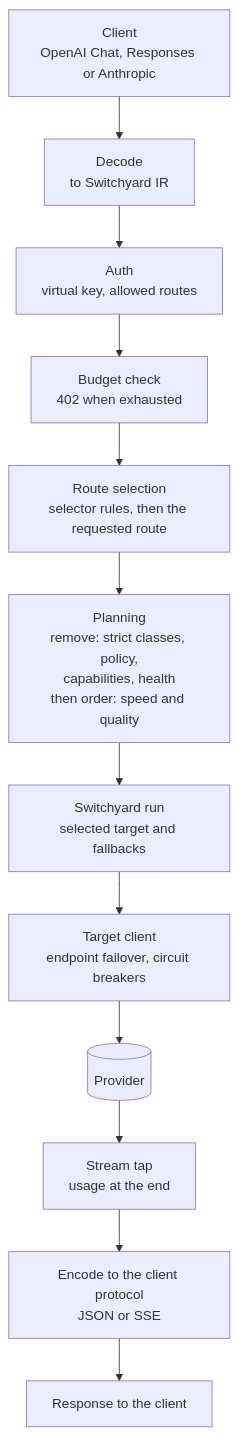
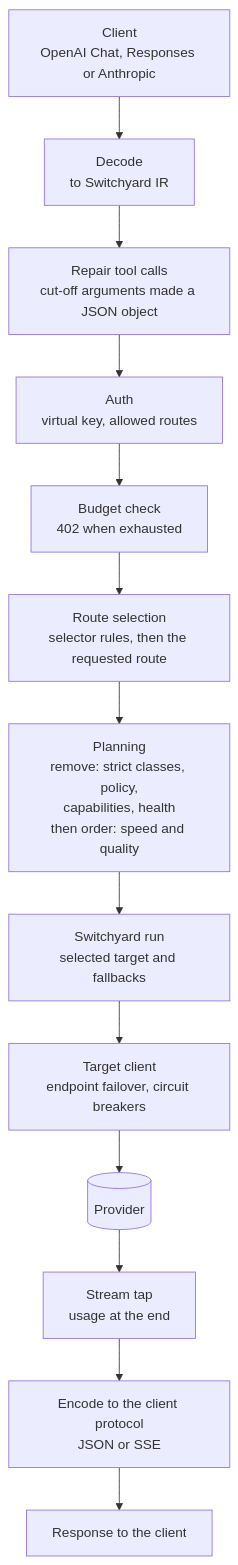
Before and after one commit to gschaetz/humpyard: the first of 4 diagrams in docs/architecture.md, drawn with Mermaid. The commit also changed other lines of this file and 15 other files, not shown here.

First line of the commit message:
docs(repair): document the tool-call repair and the count, accept ADR 0029, archive repair-tool-arguments (group 4) (#206)

````diff
--- a/docs/architecture.md
+++ b/docs/architecture.md
@@ -86,14 +87,15 @@
 ```mermaid
 flowchart TD
     CL[Client<br/>OpenAI Chat, Responses or Anthropic] --> API[Decode<br/>to Switchyard IR]
-    API --> AUTH[Auth<br/>virtual key, allowed routes]
+    API --> REP[Repair tool calls<br/>cut-off arguments made a JSON object]
+    REP --> AUTH[Auth<br/>virtual key, allowed routes]
     AUTH --> BUD[Budget check<br/>402 when exhausted]
     BUD --> SEL[Route selection<br/>selector rules, then the requested route]
     SEL --> PLAN[Planning<br/>remove: strict classes, policy,<br/>capabilities, health<br/>then order: speed and quality]
     PLAN --> RUN[Switchyard run<br/>selected target and fallbacks]
     RUN --> TC[Target client<br/>endpoint failover, circuit breakers]
     TC --> PRV[(Provider)]
     PRV --> TAP[Stream tap<br/>usage at the end]
     TAP --> ENC[Encode to the client protocol<br/>JSON or SSE]
     ENC --> OUT[Response to the client]
 ```
````
